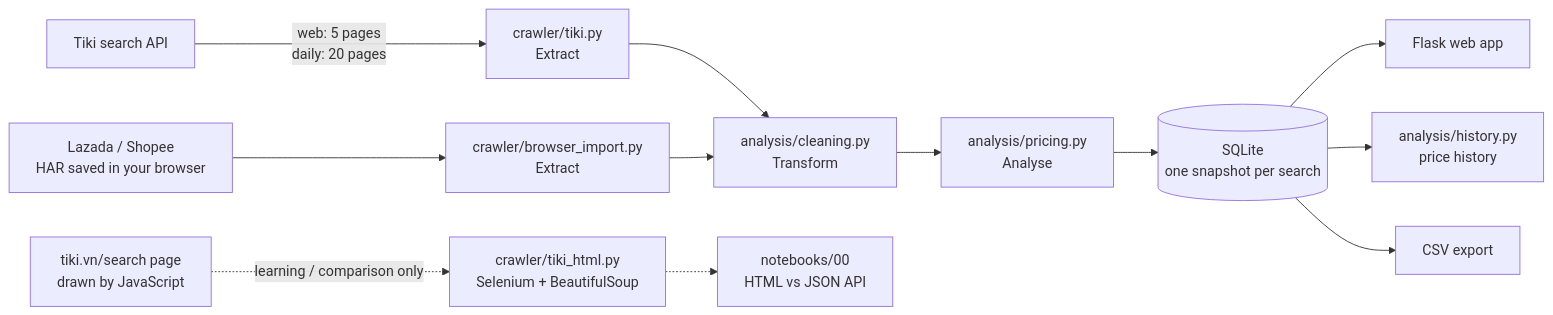
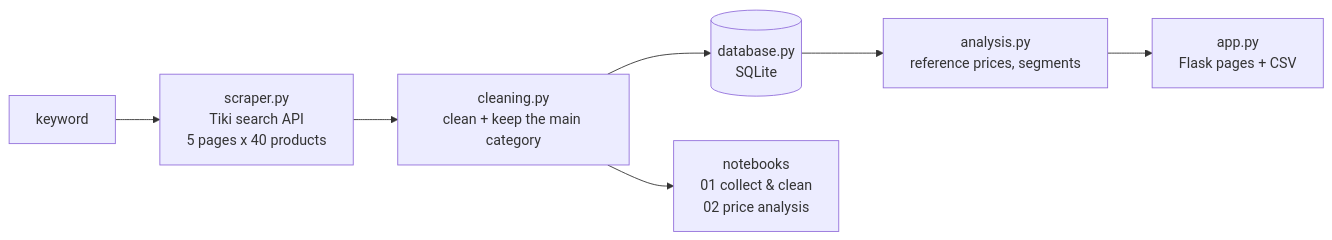
Before and after one commit to NamAnh-dev/Web-Crawler-for-E-commerce-Prices: the diagram in README.md, drawn with Mermaid. The commit also changed other lines of this file and 6 other files, not shown here.

````diff
--- a/README.md
+++ b/README.md
@@ -28,14 +30,9 @@
 ```mermaid
 flowchart LR
-    A["Tiki search API"] -->|"web: 5 pages<br/>daily: 20 pages"| B["crawler/tiki.py<br/>Extract"]
-    L["Lazada / Shopee<br/>HAR saved in your browser"] --> I["crawler/browser_import.py<br/>Extract"]
-    B --> C["analysis/cleaning.py<br/>Transform"]
-    I --> C
-    C --> D["analysis/pricing.py<br/>Analyse"]
-    D --> E[("SQLite<br/>one snapshot per search")]
-    E --> F["Flask web app"]
-    E --> H["analysis/history.py<br/>price history"]
-    E --> G["CSV export"]
-    S["tiki.vn/search page<br/>drawn by JavaScript"] -.->|"learning / comparison only"| T["crawler/tiki_html.py<br/>Selenium + BeautifulSoup"]
-    T -.-> N["notebooks/00<br/>HTML vs JSON API"]
+    K["keyword"] --> S["scraper.py<br/>Tiki search API<br/>5 pages x 40 products"]
+    S --> C["cleaning.py<br/>clean + keep the main category"]
+    C --> D[("database.py<br/>SQLite")]
+    D --> A["analysis.py<br/>reference prices, segments"]
+    A --> W["app.py<br/>Flask pages + CSV"]
+    C --> N["notebooks<br/>01 collect & clean<br/>02 price analysis"]
 ```
````
